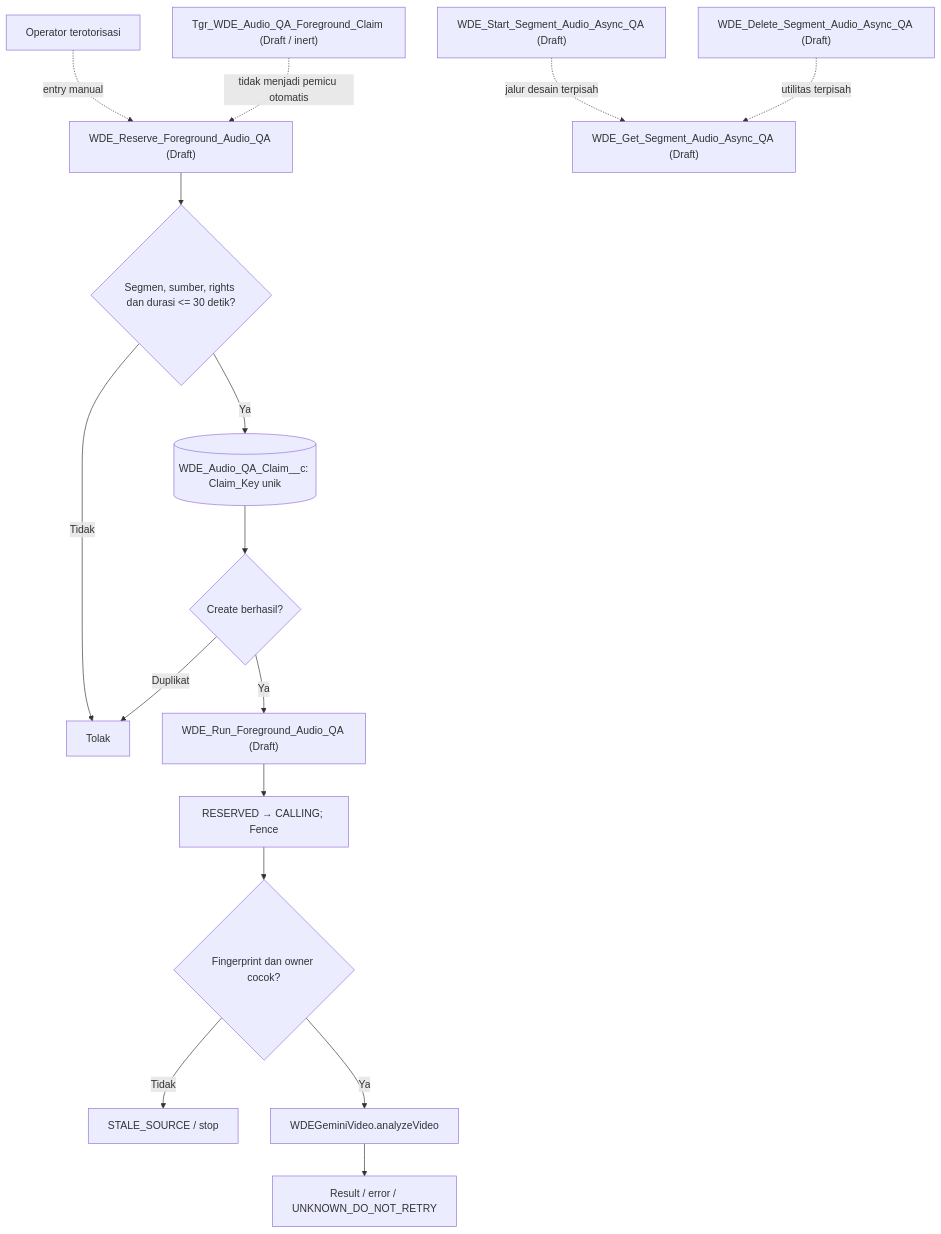
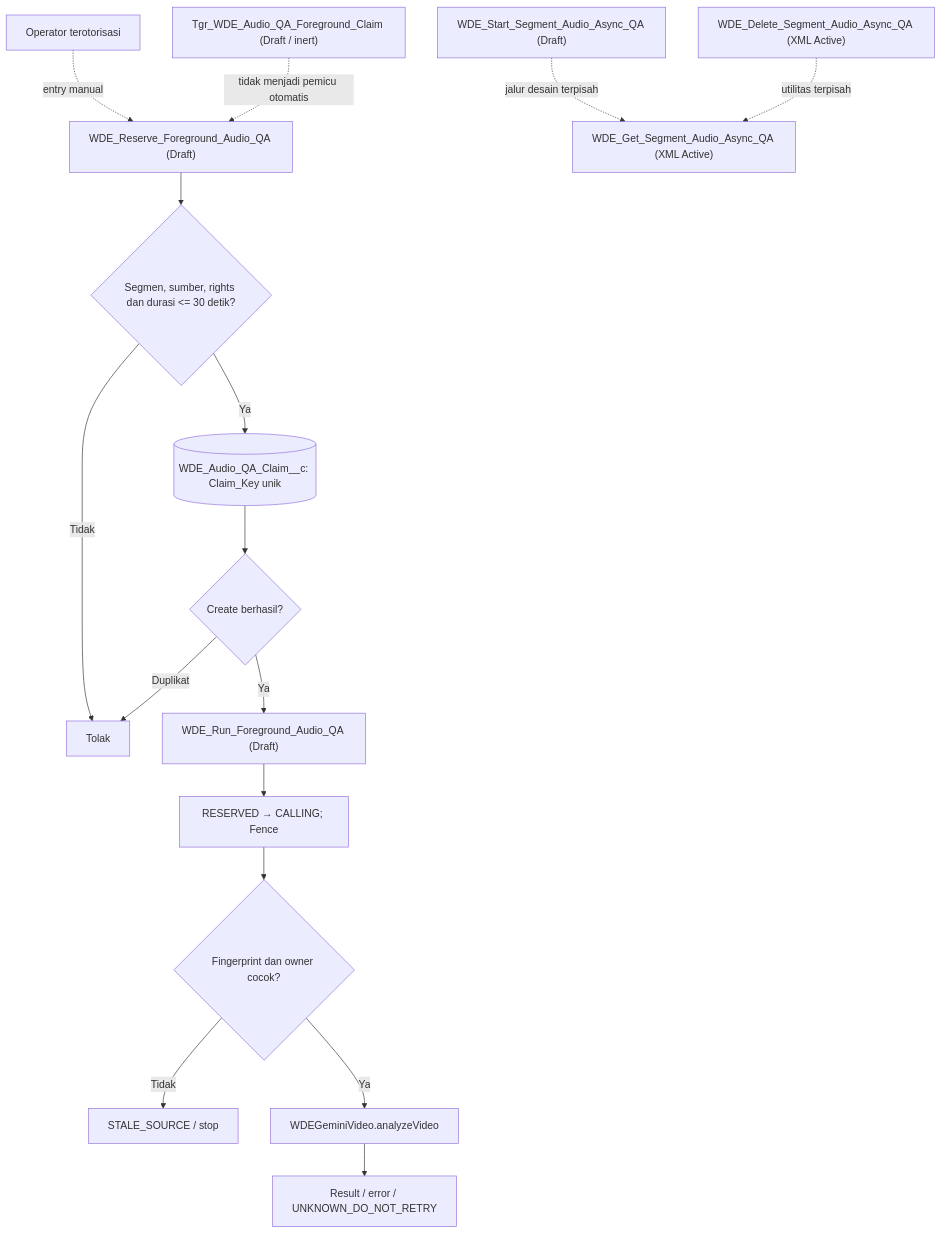
One commit to jimmytobing/Syntetic-Wisdom changed the ninth of 28 diagrams in SADD-WDE.md. Above: the diagram before and after it, drawn with Mermaid. The commit also changed other lines of this file, not shown here.

Commit message:
docs(wde): clarify async Flow XML status and non-automatic process links

````diff
--- a/SADD-WDE.md
+++ b/SADD-WDE.md
@@ -190,18 +190,18 @@
 ```mermaid
 flowchart TB
   HUMAN["Operator terotorisasi"] -. "entry manual" .-> RES["WDE_Reserve_Foreground_Audio_QA (Draft)"]
   RES --> CHECK{"Segmen, sumber, rights dan durasi <= 30 detik?"}
   CHECK -- "Tidak" --> DENY["Tolak"]
   CHECK -- "Ya" --> CLAIM[("WDE_Audio_QA_Claim__c: Claim_Key unik")]
   CLAIM --> UNIQUE{"Create berhasil?"}
   UNIQUE -- "Duplikat" --> DENY
   UNIQUE -- "Ya" --> RUN["WDE_Run_Foreground_Audio_QA (Draft)"]
   RUN --> FENCE["RESERVED → CALLING; Fence"]
   FENCE --> GATE{"Fingerprint dan owner cocok?"}
   GATE -- "Tidak" --> STALE["STALE_SOURCE / stop"]
   GATE -- "Ya" --> GEM["WDEGeminiVideo.analyzeVideo"]
   GEM --> RECEIPT["Result / error / UNKNOWN_DO_NOT_RETRY"]
   TRIG["Tgr_WDE_Audio_QA_Foreground_Claim (Draft / inert)"] -. "tidak menjadi pemicu otomatis" .-> RES
-  ASYNC["WDE_Start_Segment_Audio_Async_QA (Draft)"] -. "jalur desain terpisah" .-> GET["WDE_Get_Segment_Audio_Async_QA (Draft)"]
-  DELETE["WDE_Delete_Segment_Audio_Async_QA (Draft)"] -. "utilitas terpisah" .-> GET
+  ASYNC["WDE_Start_Segment_Audio_Async_QA (Draft)"] -. "jalur desain terpisah" .-> GET["WDE_Get_Segment_Audio_Async_QA (XML Active)"]
+  DELETE["WDE_Delete_Segment_Audio_Async_QA (XML Active)"] -. "utilitas terpisah" .-> GET
 ```
````
